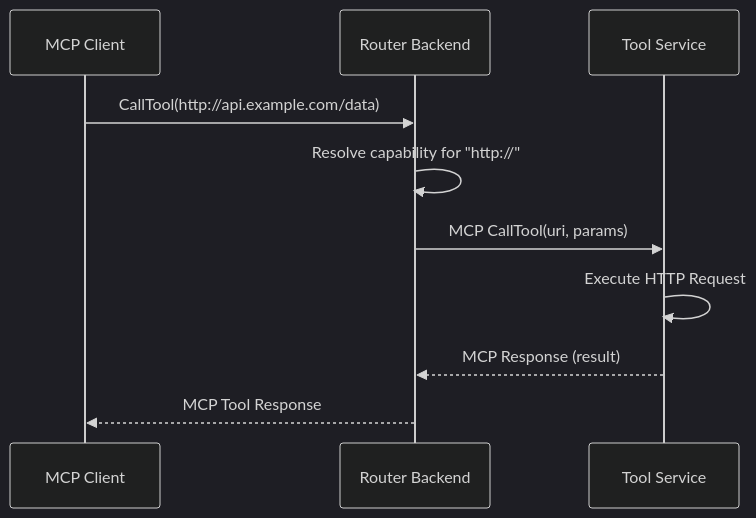
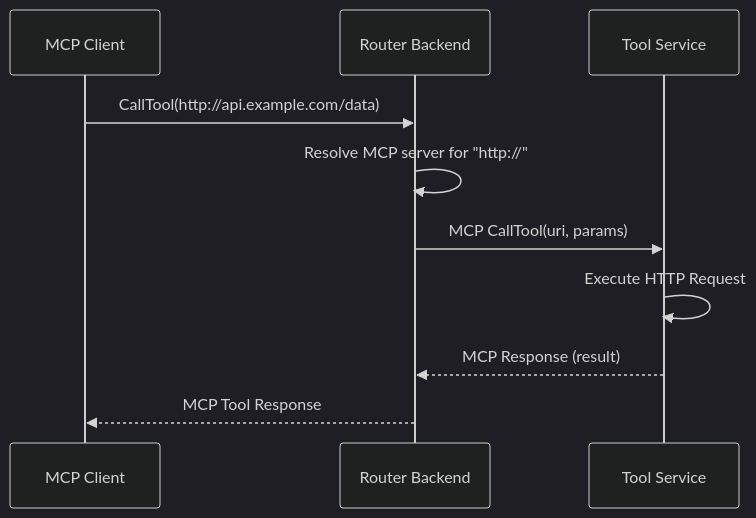
One commit to orpiske/wanaku-barn changed the second of 2 diagrams in docs/wanaku-router-internals.md. Above: the diagram before and after it, drawn with Mermaid (dark theme). The commit also changed other lines of this file and 3 other files, not shown here.

````diff
--- a/docs/wanaku-router-internals.md
+++ b/docs/wanaku-router-internals.md
@@ -67,13 +67,13 @@
 ```mermaid
 sequenceDiagram
     participant MCP as MCP Client
     participant Router as Router Backend
     participant Tool as Tool Service
 
     MCP->>Router: CallTool(http://api.example.com/data)
-    Router->>Router: Resolve capability for "http://"
+    Router->>Router: Resolve MCP server for "http://"
     Router->>Tool: MCP CallTool(uri, params)
     Tool->>Tool: Execute HTTP Request
     Tool-->>Router: MCP Response (result)
     Router-->>MCP: MCP Tool Response
 ```
````
